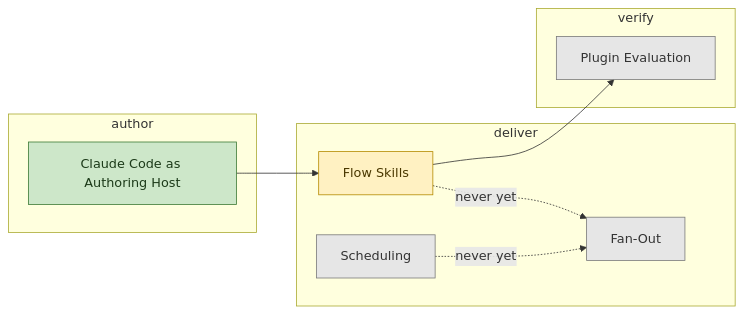
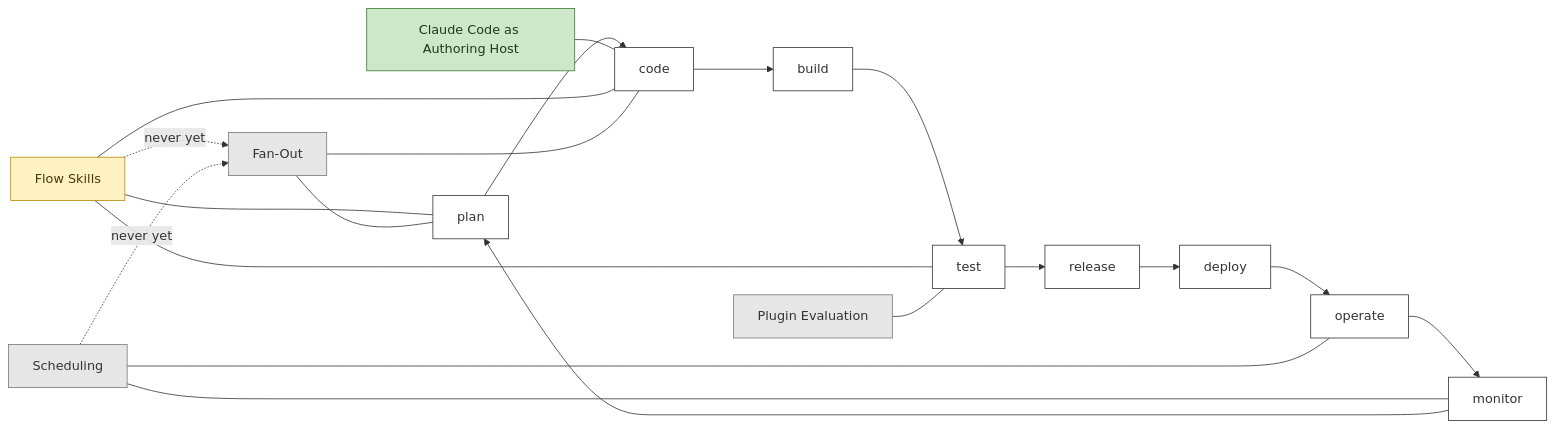
One commit to JSdotNet/devbook changed the diagram in .devbook/ai/adoption-map.md. Above: the diagram before and after it, drawn with Mermaid. The commit also changed other lines of this file and 3 other files, not shown here.

````diff
--- a/.devbook/ai/adoption-map.md
+++ b/.devbook/ai/adoption-map.md
@@ -33,24 +34,23 @@
 ```mermaid
 graph LR
-  subgraph author
-    host[Claude Code as Authoring Host]
-  end
-  subgraph deliver
-    flows[Flow Skills]
-    fanout[Fan-Out]
-    schedule[Scheduling]
-  end
-  subgraph verify
-    eval[Plugin Evaluation]
-  end
-  host --> flows
-  flows --> eval
+  plan --> code --> build --> test --> release --> deploy --> operate --> monitor --> plan
+  host[Claude Code as Authoring Host] --- code
+  flows[Flow Skills] --- plan
+  flows --- code
+  flows --- test
+  fanout[Fan-Out] --- plan
+  fanout --- code
+  schedule[Scheduling] --- operate
+  schedule --- monitor
+  eval[Plugin Evaluation] --- test
   flows -. never yet .-> fanout
   schedule -. never yet .-> fanout
+  classDef stage fill:#fff,stroke:#333,color:#333;
   classDef adopted fill:#cde7c9,stroke:#3c7a35,color:#1c3a19;
   classDef trial fill:#fff1c2,stroke:#b58a00,color:#4a3800;
   classDef candidate fill:#e6e6e6,stroke:#7a7a7a,color:#333;
+  class plan,code,build,test,release,deploy,operate,monitor stage;
   class host adopted;
   class flows trial;
   class fanout,schedule,eval candidate;
 ```
````
